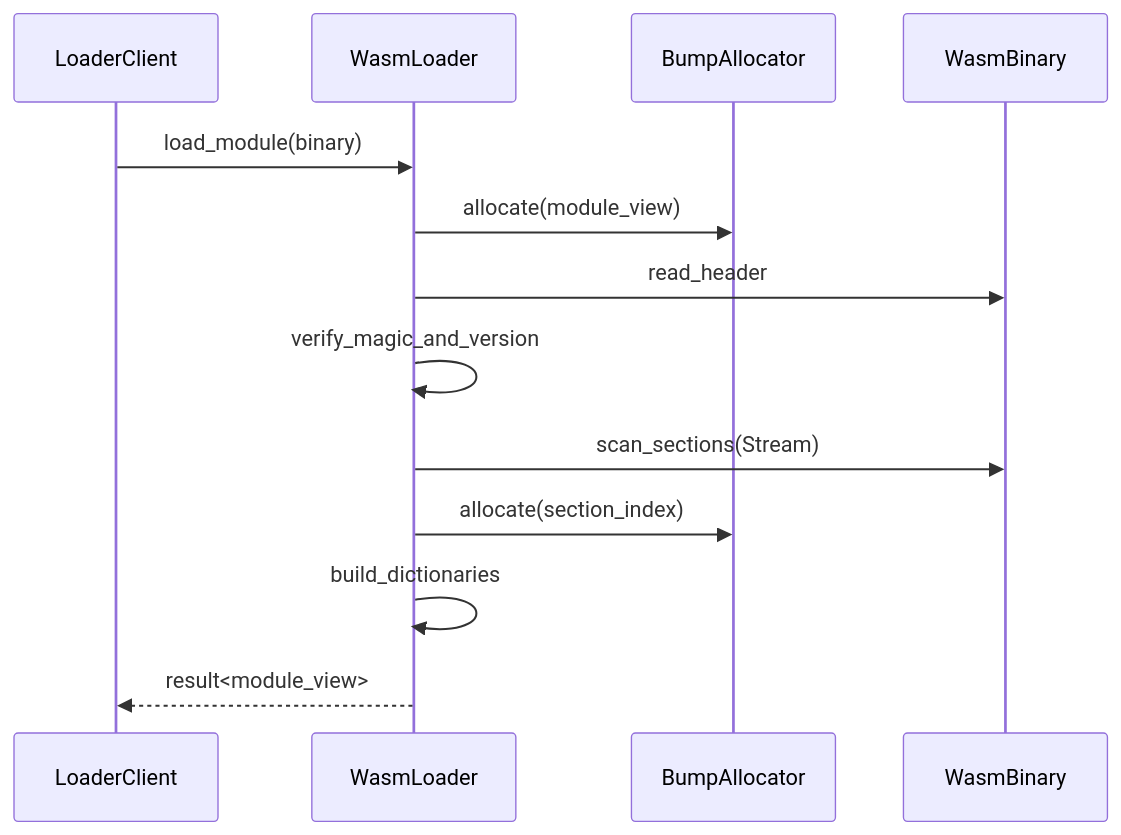
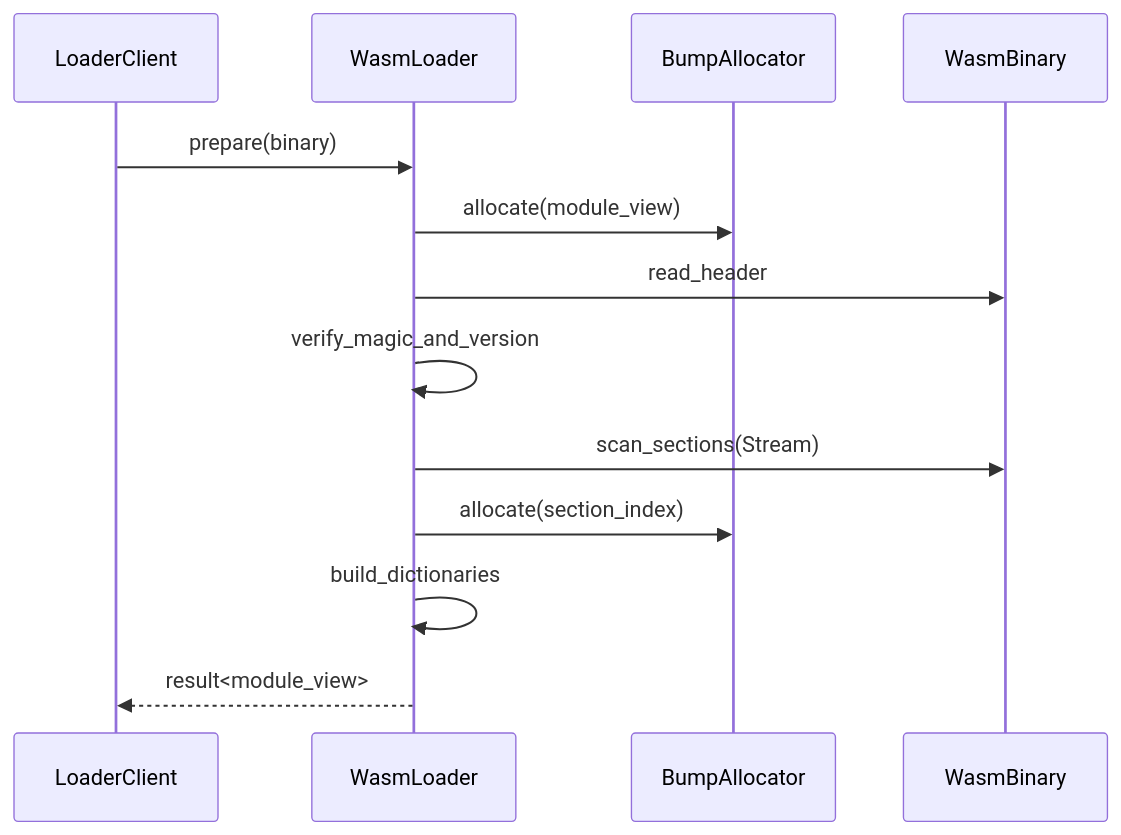
One commit to kmt-t/fireball changed the third of 3 diagrams in docs/components/runtime_loader.md. Above: the diagram before and after it, drawn with Mermaid. The commit also changed other lines of this file and 3 other files, not shown here.

````diff
--- a/docs/components/runtime_loader.md
+++ b/docs/components/runtime_loader.md
@@ -135,16 +135,16 @@
 ```mermaid
 sequenceDiagram
     participant Client as LoaderClient
     participant Loader as WasmLoader
     participant Alloc as BumpAllocator
     participant ROM as WasmBinary
     
-    Client->>Loader: load_module(binary)
+    Client->>Loader: prepare(binary)
     Loader->>Alloc: allocate(module_view)
     Loader->>ROM: read_header
     Loader->>Loader: verify_magic_and_version
     Loader->>ROM: scan_sections(Stream)
     Loader->>Alloc: allocate(section_index)
     Loader->>Loader: build_dictionaries
     Loader-->>Client: result<module_view>
 ```
````
